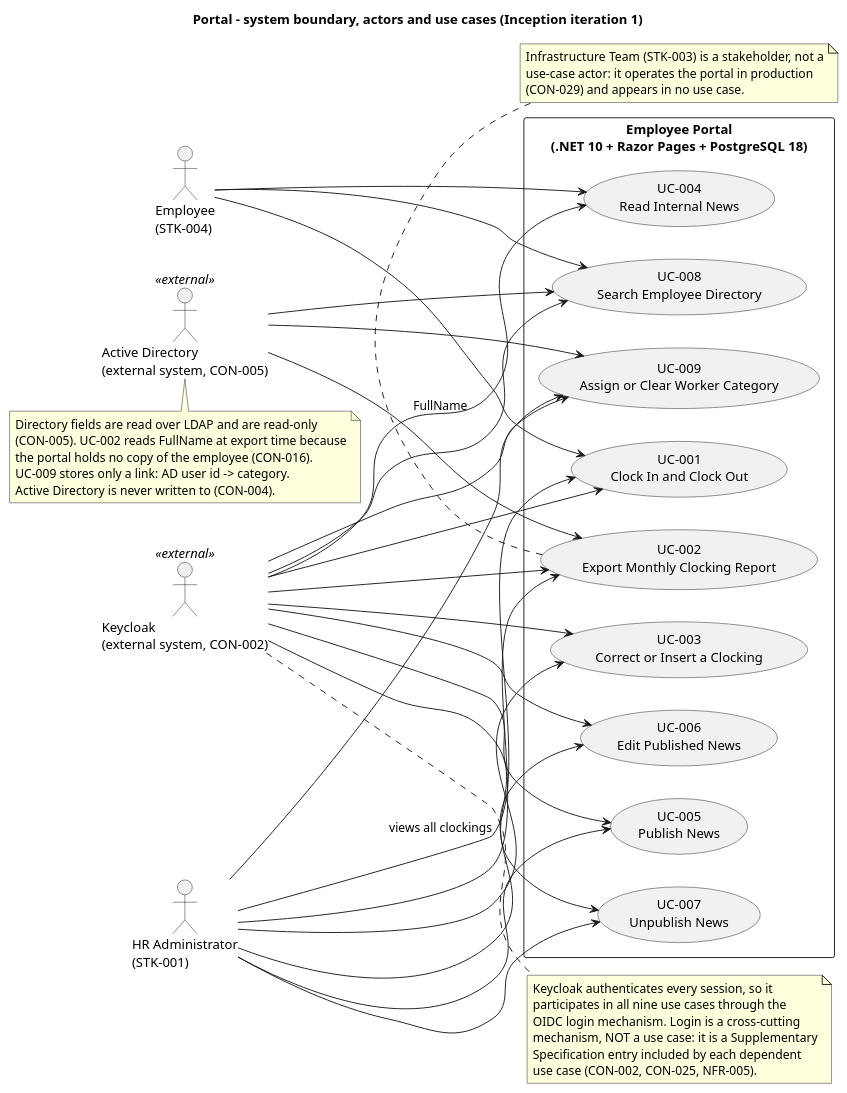
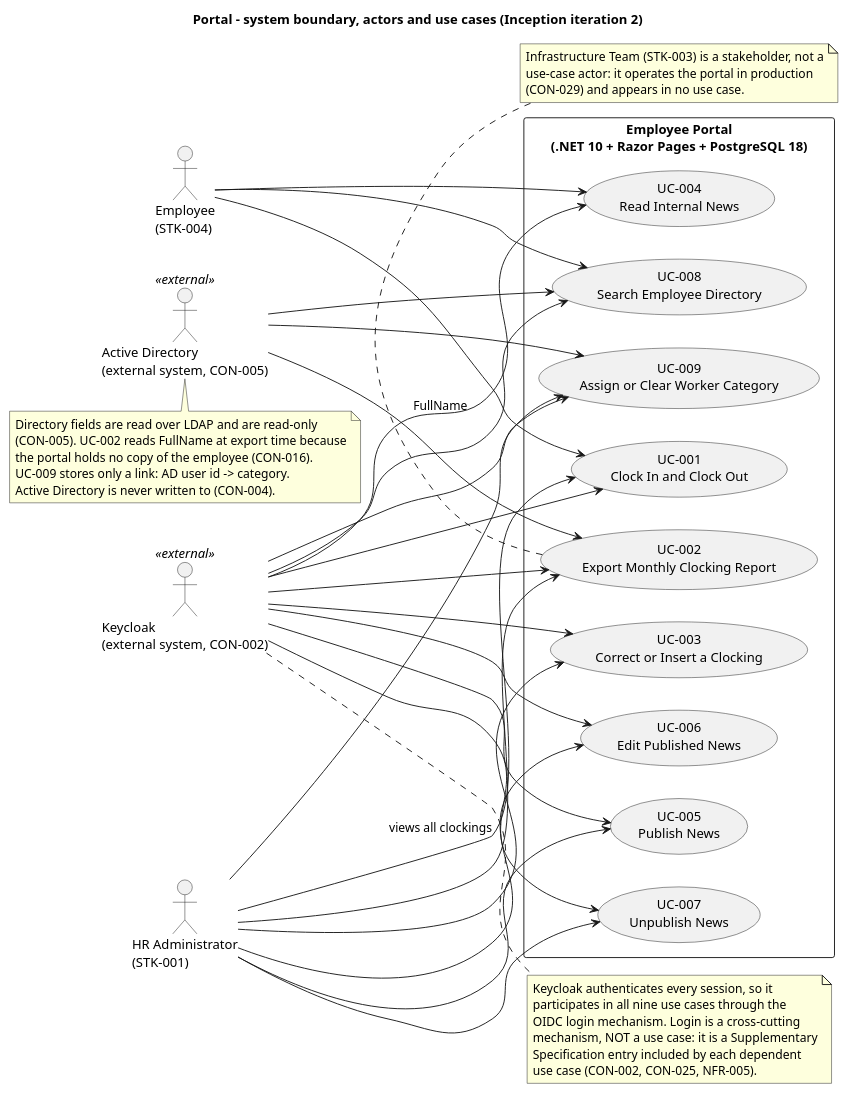
The first of 4 diagrams in docs/artifacts/requirements/use-case-model.md (banense-test/portal), drawn with PlantUML before and after one commit.

Commit message:
System Analyst [I2]: upsert Use-Case Model
[skip ci]

````diff
--- a/docs/artifacts/requirements/use-case-model.md
+++ b/docs/artifacts/requirements/use-case-model.md
@@ -8,70 +8,70 @@
 ```plantuml
 @startuml Portal_UC_Model
-title Portal - system boundary, actors and use cases (Inception iteration 1)
+title Portal - system boundary, actors and use cases (Inception iteration 2)
 left to right direction
 skinparam packageStyle rectangle
 
 actor "Employee\n(STK-004)" as EMP
 actor "HR Administrator\n(STK-001)" as HR
 actor "Keycloak\n(external system, CON-002)" as KC <<external>>
 actor "Active Directory\n(external system, CON-005)" as AD <<external>>
 
 rectangle "Employee Portal\n(.NET 10 + Razor Pages + PostgreSQL 18)" {
   usecase "UC-001\nClock In and Clock Out" as UC001
   usecase "UC-002\nExport Monthly Clocking Report" as UC002
   usecase "UC-003\nCorrect or Insert a Clocking" as UC003
   usecase "UC-004\nRead Internal News" as UC004
   usecase "UC-005\nPublish News" as UC005
   usecase "UC-006\nEdit Published News" as UC006
   usecase "UC-007\nUnpublish News" as UC007
   usecase "UC-008\nSearch Employee Directory" as UC008
   usecase "UC-009\nAssign or Clear Worker Category" as UC009
 }
 
 EMP --> UC001
 EMP --> UC004
 EMP --> UC008
 HR --> UC001 : views all clockings
 HR --> UC002
 HR --> UC003
 HR --> UC005
 HR --> UC006
 HR --> UC007
 HR --> UC009
 KC --> UC001
 KC --> UC002
 KC --> UC003
 KC --> UC004
 KC --> UC005
 KC --> UC006
 KC --> UC007
 KC --> UC008
 KC --> UC009
 AD --> UC002 : FullName
 AD --> UC008
 AD --> UC009
 
 note right of KC
   Keycloak authenticates every session, so it
   participates in all nine use cases through the
   OIDC login mechanism. Login is a cross-cutting
   mechanism, NOT a use case: it is a Supplementary
   Specification entry included by each dependent
   use case (CON-002, CON-025, NFR-005).
 end note
 
 note bottom of AD
   Directory fields are read over LDAP and are read-only
   (CON-005). UC-002 reads FullName at export time because
   the portal holds no copy of the employee (CON-016).
   UC-009 stores only a link: AD user id -> category.
   Active Directory is never written to (CON-004).
 end note
 
 note bottom of UC002
   Infrastructure Team (STK-003) is a stakeholder, not a
   use-case actor: it operates the portal in production
   (CON-029) and appears in no use case.
 end note
 @enduml
 ```
````
